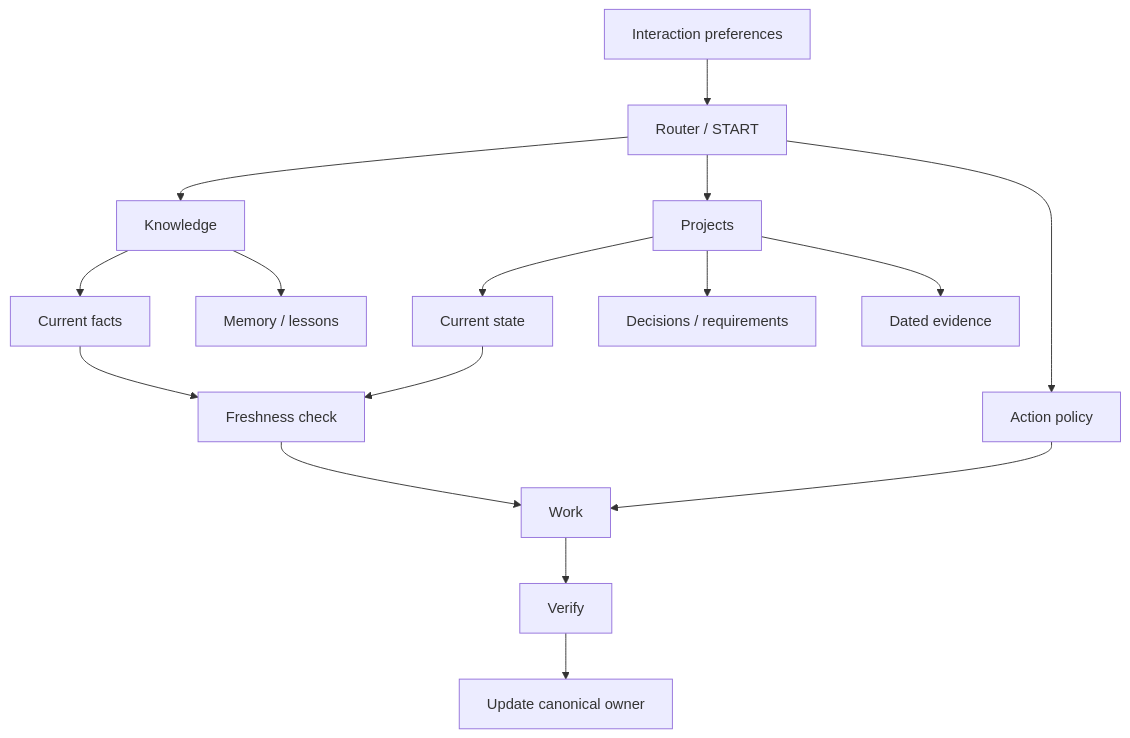
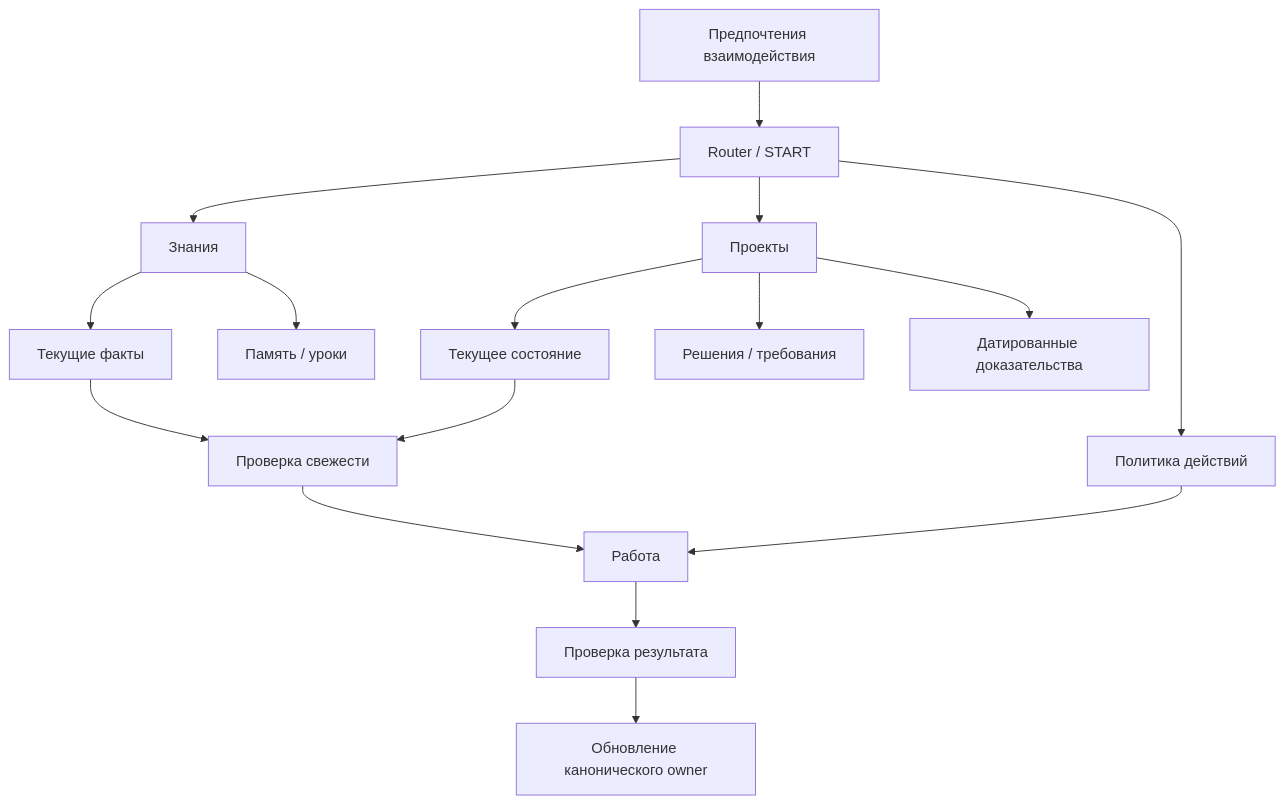
The diagram in docs/ARCHITECTURE.md (Goldbergg2026/ai-continuity-kit), drawn with Mermaid before and after one commit. The commit also changed other lines of this file and 26 other files, not shown here.

````diff
--- a/docs/ARCHITECTURE.md
+++ b/docs/ARCHITECTURE.md
@@ -5,18 +5,18 @@
 ```mermaid
 flowchart TD
-  I[Interaction preferences] --> R[Router / START]
-  R --> K[Knowledge]
-  R --> P[Projects]
-  R --> A[Action policy]
-  K --> F[Current facts]
-  K --> M[Memory / lessons]
-  P --> S[Current state]
-  P --> D[Decisions / requirements]
-  P --> E[Dated evidence]
-  F --> C[Freshness check]
+  I[Предпочтения взаимодействия] --> R[Router / START]
+  R --> K[Знания]
+  R --> P[Проекты]
+  R --> A[Политика действий]
+  K --> F[Текущие факты]
+  K --> M[Память / уроки]
+  P --> S[Текущее состояние]
+  P --> D[Решения / требования]
+  P --> E[Датированные доказательства]
+  F --> C[Проверка свежести]
   S --> C
-  C --> W[Work]
+  C --> W[Работа]
   A --> W
-  W --> V[Verify]
-  V --> U[Update canonical owner]
+  W --> V[Проверка результата]
+  V --> U[Обновление канонического owner]
 ```
````
